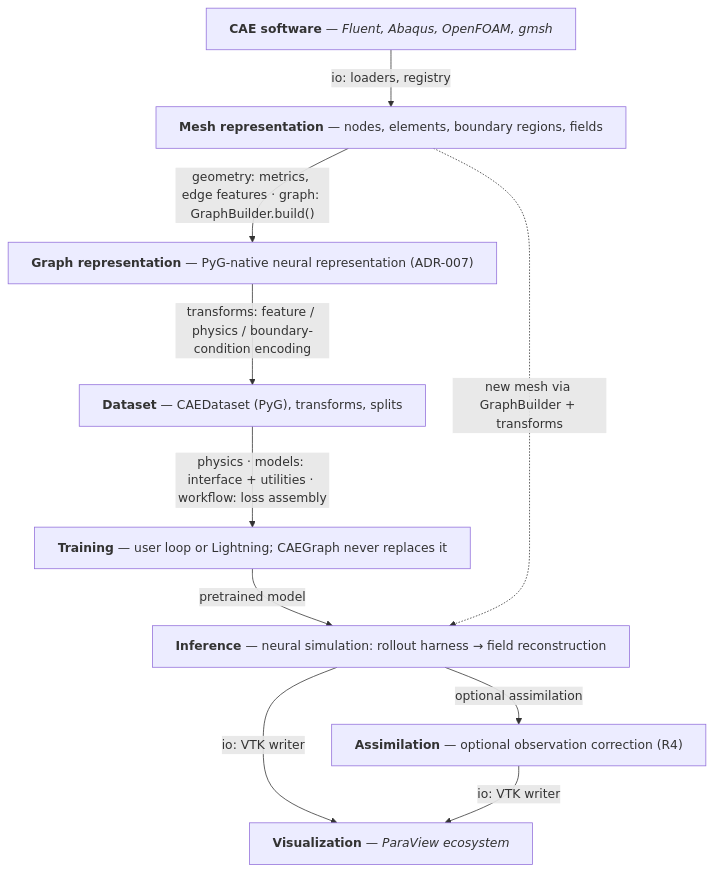
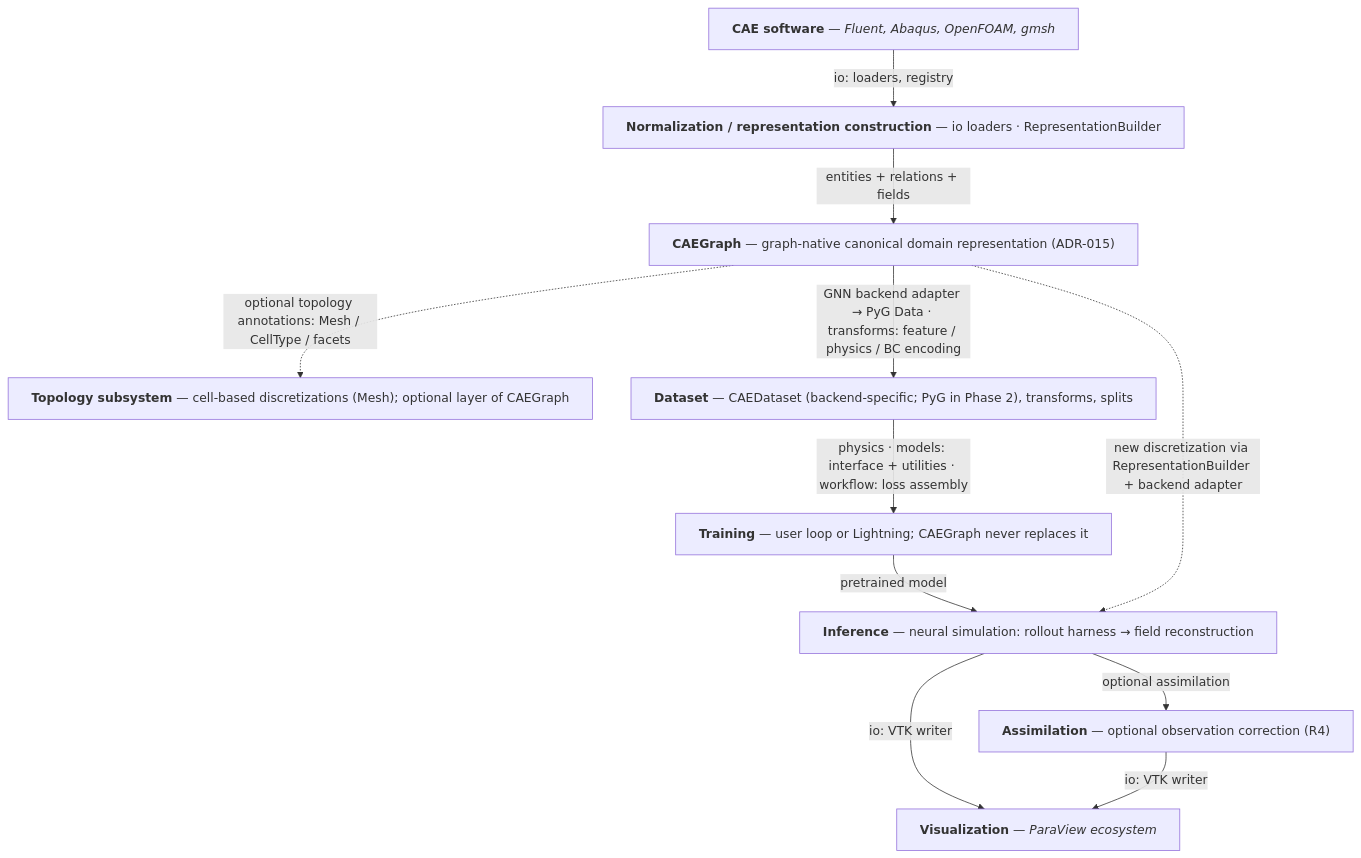
One commit to XYChouMian/caegraph changed the first of 4 diagrams in architecture/ARCHITECTURE.md. Above: the diagram before and after it, drawn with Mermaid. The commit also changed other lines of this file and 19 other files, not shown here.

Commit message:
docs(architecture): migrate documents to CAEGraph canonical representation

````diff
--- a/architecture/ARCHITECTURE.md
+++ b/architecture/ARCHITECTURE.md
@@ -18,25 +18,27 @@
 ```mermaid
 flowchart TD
     classDef nowrap white-space:nowrap
 
     A["<b>CAE software</b> — <i>Fluent, Abaqus, OpenFOAM, gmsh</i>"]
-    B["<b>Mesh representation</b> — nodes, elements, boundary regions, fields"]
-    C["<b>Graph representation</b> — PyG-native neural representation (ADR-007)"]
-    D["<b>Dataset</b> — CAEDataset (PyG), transforms, splits"]
+    B["<b>Normalization / representation construction</b> — io loaders · RepresentationBuilder"]
+    C["<b>CAEGraph</b> — graph-native canonical domain representation (ADR-015)"]
+    T["<b>Topology subsystem</b> — cell-based discretizations (Mesh); optional layer of CAEGraph"]
+    D["<b>Dataset</b> — CAEDataset (backend-specific; PyG in Phase 2), transforms, splits"]
     E["<b>Training</b> — user loop or Lightning; CAEGraph never replaces it"]
     F["<b>Inference</b> — neural simulation: rollout harness → field reconstruction"]
     G["<b>Assimilation</b> — optional observation correction (R4)"]
     H["<b>Visualization</b> — <i>ParaView ecosystem</i>"]
 
     A -->|"io: loaders, registry"| B
-    B -->|"geometry: metrics, edge features · graph: GraphBuilder.build()"| C
-    C -->|"transforms: feature / physics / boundary-condition encoding"| D
+    B -->|"entities + relations + fields"| C
+    C -->|"GNN backend adapter → PyG Data · transforms: feature / physics / BC encoding"| D
     D -->|"physics · models: interface + utilities · workflow: loss assembly"| E
     E -->|"pretrained model"| F
-    B -.->|"new mesh via GraphBuilder + transforms"| F
+    C -.->|"new discretization via RepresentationBuilder + backend adapter"| F
+    C -.->|"optional topology annotations: Mesh / CellType / facets"| T
     F -->|"io: VTK writer"| H
     F -->|"optional assimilation"| G
     G -->|"io: VTK writer"| H
 
-    class A,B,C,D,E,F,G,H nowrap
+    class A,B,C,D,E,F,G,H,T nowrap
 ```
````
